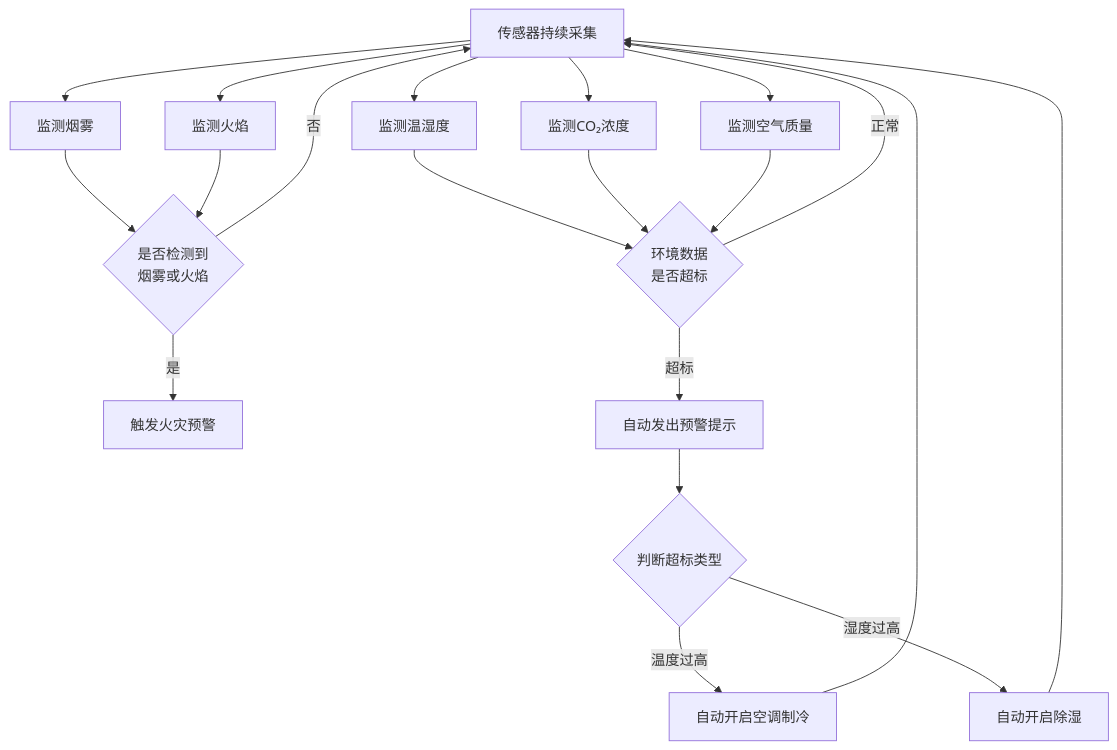
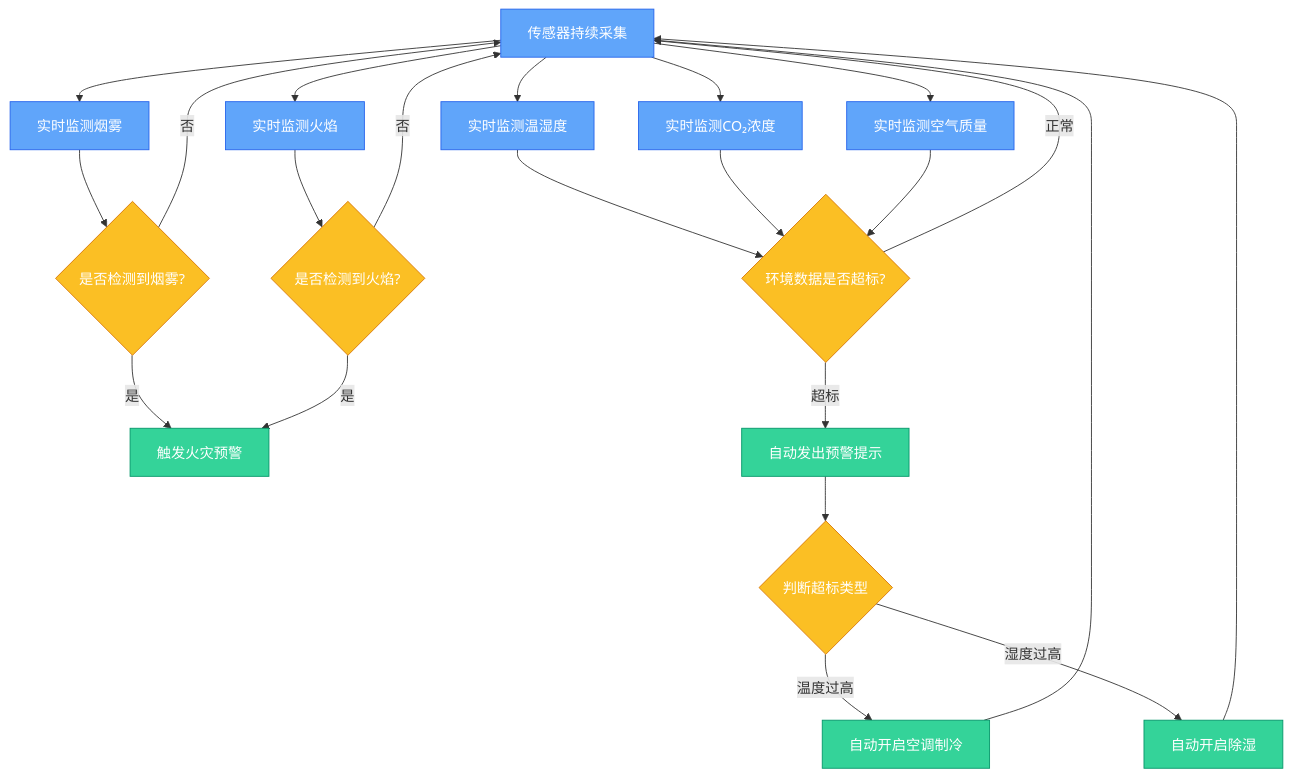
The diagram in assets/03_大厅安防.md (yuetsh/IOT-Lab2), drawn with Mermaid before and after one commit. The commit also changed 26 other files, not shown here.

First line of the commit message:
refactor: 精简设备列表、统一参考流程图与设备-节点对应关系

````diff
--- a/assets/03_大厅安防.md
+++ b/assets/03_大厅安防.md
@@ -1,22 +1,28 @@
 ```mermaid
-flowchart TD
-    A[传感器持续采集] --> B[监测温湿度]
-    A --> C[监测CO₂浓度]
-    A --> D[监测空气质量]
-    A --> E[监测烟雾]
-    A --> F[监测火焰]
-    B --> G{环境数据\n是否超标}
-    C --> G
-    D --> G
-    E --> H{是否检测到\n烟雾或火焰}
-    F --> H
-    H -- 是 --> I[触发火灾预警]
-    H -- 否 --> A
-    G -- 超标 --> J[自动发出预警提示]
-    J --> K{判断超标类型}
-    K -- 温度过高 --> L[自动开启空调制冷]
-    K -- 湿度过高 --> M[自动开启除湿]
-    L --> A
-    M --> A
-    G -- 正常 --> A
+graph TD
+  classDef trigger fill:#60a5fa,stroke:#2563eb,color:#fff
+  classDef decision fill:#fbbf24,stroke:#d97706,color:#fff
+  classDef action fill:#34d399,stroke:#059669,color:#fff
+  classDef display fill:#a78bfa,stroke:#7c3aed,color:#fff
+  A[传感器持续采集]:::trigger --> B[实时监测温湿度]:::trigger
+  A --> C[实时监测CO₂浓度]:::trigger
+  A --> D[实时监测空气质量]:::trigger
+  A --> E[实时监测烟雾]:::trigger
+  A --> F[实时监测火焰]:::trigger
+  E --> G{是否检测到烟雾?}:::decision
+  G -->|是| H[触发火灾预警]:::action
+  G -->|否| A
+  F --> I{是否检测到火焰?}:::decision
+  I -->|是| H
+  I -->|否| A
+  B --> J{环境数据是否超标?}:::decision
+  C --> J
+  D --> J
+  J -->|正常| A
+  J -->|超标| K[自动发出预警提示]:::action
+  K --> L{判断超标类型}:::decision
+  L -->|温度过高| M[自动开启空调制冷]:::action
+  L -->|湿度过高| N[自动开启除湿]:::action
+  M --> A
+  N --> A
 ```
````
